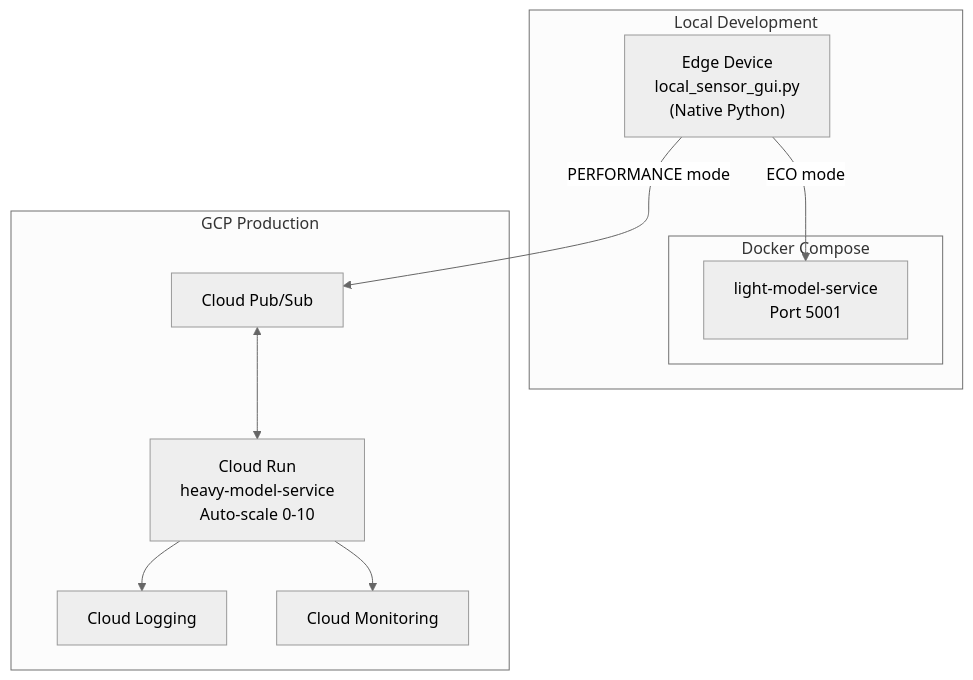
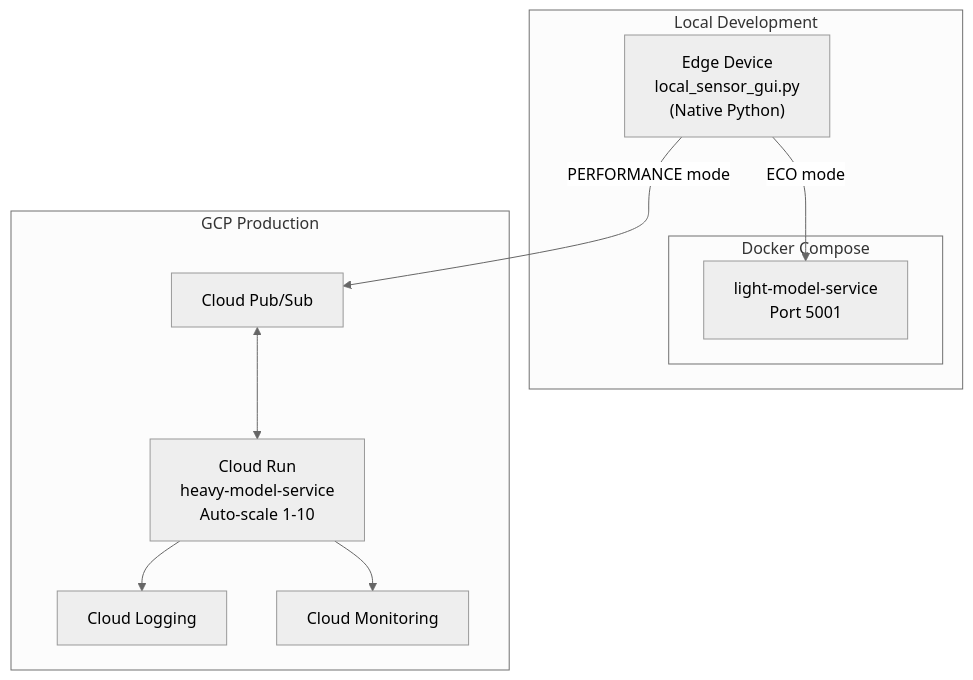
The second of 3 diagrams in README.md (Taki224/AI-Architecture-and-Cloud-Computing-Final-Project), drawn with Mermaid (neutral theme) before and after one commit. The commit also changed other lines of this file and 1 other file, not shown here.

Commit message:
fix: Update Cloud Run configuration to enforce minimum instance count for heavy model service

````diff
--- a/README.md
+++ b/README.md
@@ -207,23 +207,23 @@
 ```mermaid
 flowchart TB
     subgraph Local["Local Development"]
         EdgeApp["Edge Device<br/>local_sensor_gui.py<br/>(Native Python)"]
         
         subgraph Docker["Docker Compose"]
             LightService["light-model-service<br/>Port 5001"]
         end
     end
 
     subgraph GCP["GCP Production"]
         PubSub["Cloud Pub/Sub"]
-        CloudRun["Cloud Run<br/>heavy-model-service<br/>Auto-scale 0-10"]
+        CloudRun["Cloud Run<br/>heavy-model-service<br/>Auto-scale 1-10"]
         Logging["Cloud Logging"]
         Monitoring["Cloud Monitoring"]
     end
 
     EdgeApp -->|"ECO mode"| LightService
     EdgeApp -->|"PERFORMANCE mode"| PubSub
     PubSub <--> CloudRun
     CloudRun --> Logging
     CloudRun --> Monitoring
 ```
````
